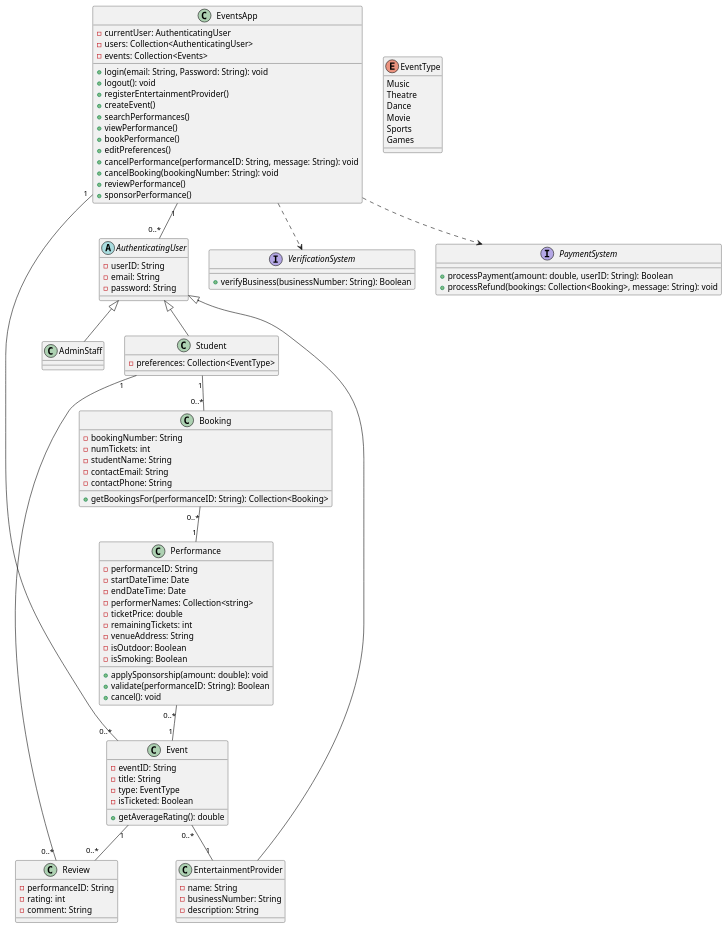
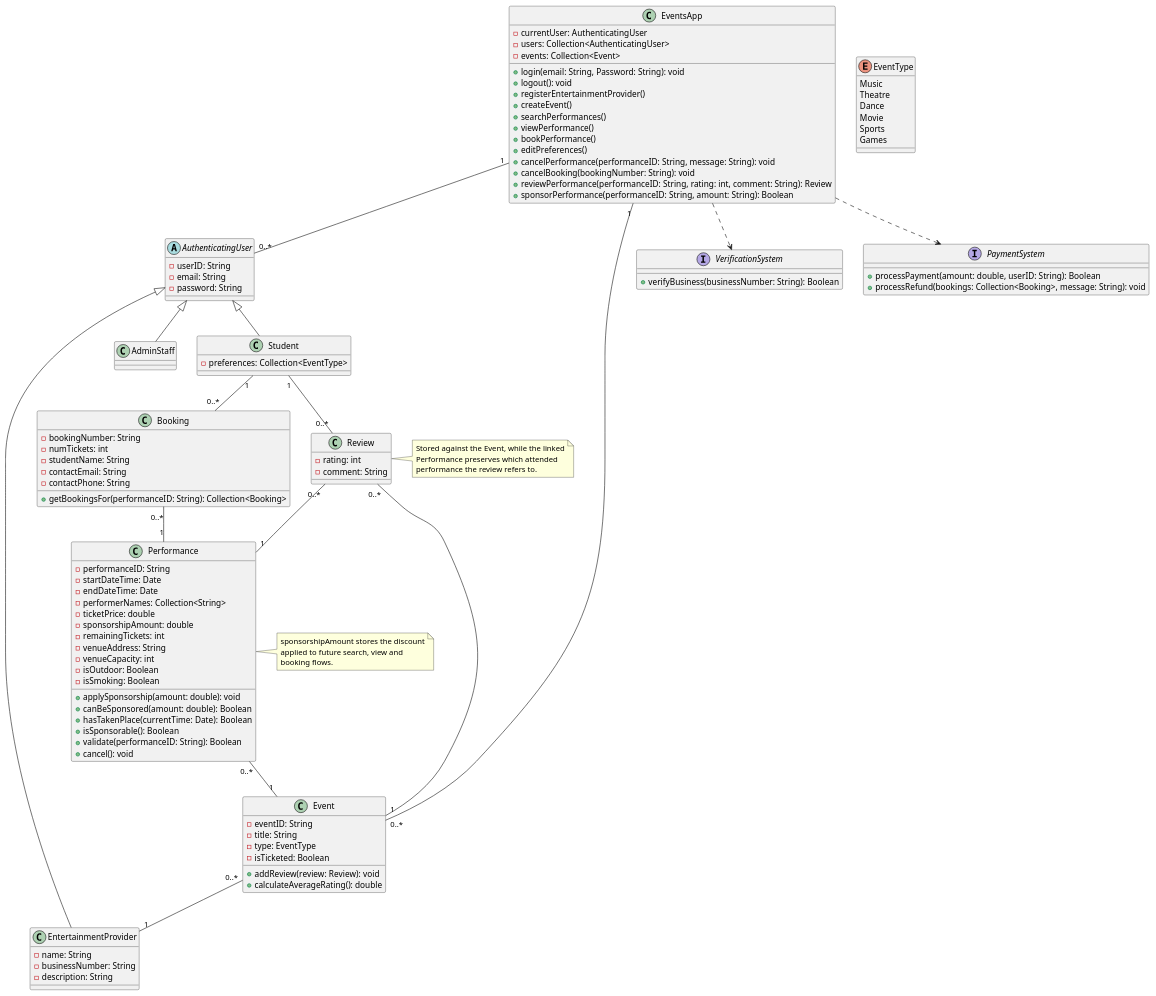
The diagram in CW2/Task2.puml (Kingjinsight/CourseWork), drawn with PlantUML before and after one commit. The commit also changed 1 other file, not shown here.

Commit message:
Update Task 2 & 4 (#23)

```diff
--- a/CW2/Task2.puml
+++ b/CW2/Task2.puml
@@ -1,118 +1,136 @@
-@startuml
+@startuml Task 2
 
 /'central controller
 currentUser used to distinguish user type, student or adminstaff or ep by access users
 '/
 class EventsApp {
     - currentUser: AuthenticatingUser 
     - users: Collection<AuthenticatingUser>
-    - events: Collection<Events>
+    - events: Collection<Event>
     + login(email: String, Password: String): void
     + logout(): void
     + registerEntertainmentProvider()
     + createEvent()
     + searchPerformances()
     + viewPerformance()
     + bookPerformance()
     + editPreferences()
     + cancelPerformance(performanceID: String, message: String): void
     + cancelBooking(bookingNumber: String): void
-    + reviewPerformance()
-    + sponsorPerformance()
+    + reviewPerformance(performanceID: String, rating: int, comment: String): Review
+    + sponsorPerformance(performanceID: String, amount: String): Boolean
 
 }
 
 abstract class AuthenticatingUser {
     - userID: String
     - email: String
     - password: String
 }
 
 class EntertainmentProvider {
     - name: String
     - businessNumber: String
     - description: String
 }
 
 class AdminStaff {
 }
 
 class Student {
     - preferences: Collection<EventType>
 }
 
 class Performance {
     - performanceID: String
     - startDateTime: Date
     - endDateTime: Date 
-    - performerNames: Collection<string>
+    - performerNames: Collection<String>
     - ticketPrice: double
+    - sponsorshipAmount: double
     - remainingTickets: int
     - venueAddress: String 
+    - venueCapacity: int
     - isOutdoor: Boolean
     - isSmoking: Boolean
     + applySponsorship(amount: double): void
+    + canBeSponsored(amount: double): Boolean
+    + hasTakenPlace(currentTime: Date): Boolean
+    + isSponsorable(): Boolean
     + validate(performanceID: String): Boolean
     + cancel(): void
 }
 
 class Booking {
     - bookingNumber: String
     - numTickets: int
     - studentName: String
     - contactEmail: String
     - contactPhone: String
     + getBookingsFor(performanceID: String): Collection<Booking>
 }
 
 class Review {
-    - performanceID: String
     - rating: int
     - comment: String
 }
 
 class Event {
     - eventID: String
     - title: String
     - type: EventType
     - isTicketed: Boolean
-    + getAverageRating(): double
+    + addReview(review: Review): void
+    + calculateAverageRating(): double
 }
 
 interface VerificationSystem {
     + verifyBusiness(businessNumber: String): Boolean
 }
 
 interface PaymentSystem {
     + processPayment(amount: double, userID: String): Boolean
     + processRefund(bookings: Collection<Booking>, message: String): void
 }
 
 enum EventType {
    Music
    Theatre
    Dance
    Movie
    Sports
    Games
 }
 
 
 EventsApp "1" -- "0..*" AuthenticatingUser
 EventsApp "1" -- "0..*" Event
 EventsApp ..> PaymentSystem
 EventsApp ..> VerificationSystem
 
 AuthenticatingUser <|-- AdminStaff
 AuthenticatingUser <|-- EntertainmentProvider
 AuthenticatingUser <|-- Student
 
 Student "1" -- "0..*" Review
 Student "1" -- "0..*" Booking
 
 
 Booking "0..*" -- "1" Performance
+Review "0..*" -- "1" Performance
 Performance "0..*" -- "1" Event
 Event "0..*" -- "1" EntertainmentProvider
 Event "1" -- "0..*" Review
+
+note right of Review
+Stored against the Event, while the linked
+Performance preserves which attended
+performance the review refers to.
+end note
+
+note right of Performance
+sponsorshipAmount stores the discount
+applied to future search, view and
+booking flows.
+end note
 @enduml
```
